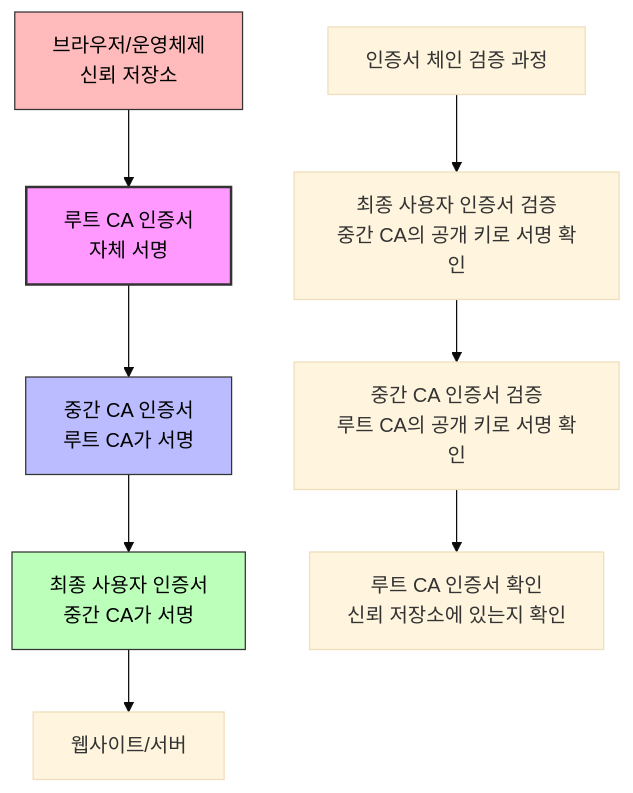
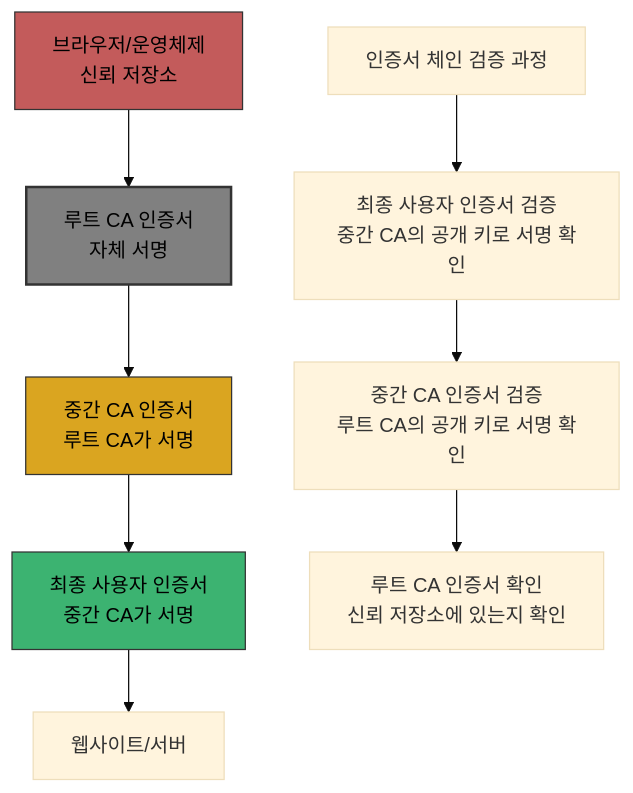
One commit to KalGookSoo/network-basic changed the fourth of 5 diagrams in chapters/07-2_security_technology.md. Above: the diagram before and after it, drawn with Mermaid (base theme). The commit also changed other lines of this file and 3 other files, not shown here.

Commit message:
docs: 표 시각 개선 - 다이어그램 색상 일관성 및 가독성 향상

````diff
--- a/chapters/07-2_security_technology.md
+++ b/chapters/07-2_security_technology.md
@@ -174,16 +174,16 @@
 ```mermaid
 graph TD
     A[브라우저/운영체제<br>신뢰 저장소] --> B[루트 CA 인증서<br>자체 서명]
     B --> C[중간 CA 인증서<br>루트 CA가 서명]
     C --> D[최종 사용자 인증서<br>중간 CA가 서명]
     D --> E[웹사이트/서버]
 
     F[인증서 체인 검증 과정] --> G[최종 사용자 인증서 검증<br>중간 CA의 공개 키로 서명 확인]
     G --> H[중간 CA 인증서 검증<br>루트 CA의 공개 키로 서명 확인]
     H --> I[루트 CA 인증서 확인<br>신뢰 저장소에 있는지 확인]
 
-    style B fill:#f9f, stroke:#333, stroke-width:2px, color:#000
-    style C fill:#bbf, stroke:#333, stroke-width:1px, color:#000
-    style D fill:#bfb, stroke:#333, stroke-width:1px, color:#000
-    style A fill:#fbb, stroke:#333, stroke-width:1px, color:#000
+    style B fill:#808080, stroke:#333, stroke-width:2px, color:#000
+    style C fill:#daa520, stroke:#333, stroke-width:1px, color:#000
+    style D fill:#3cb371, stroke:#333, stroke-width:1px, color:#000
+    style A fill:#c35b5b, stroke:#333, stroke-width:1px, color:#000
 ```
````
